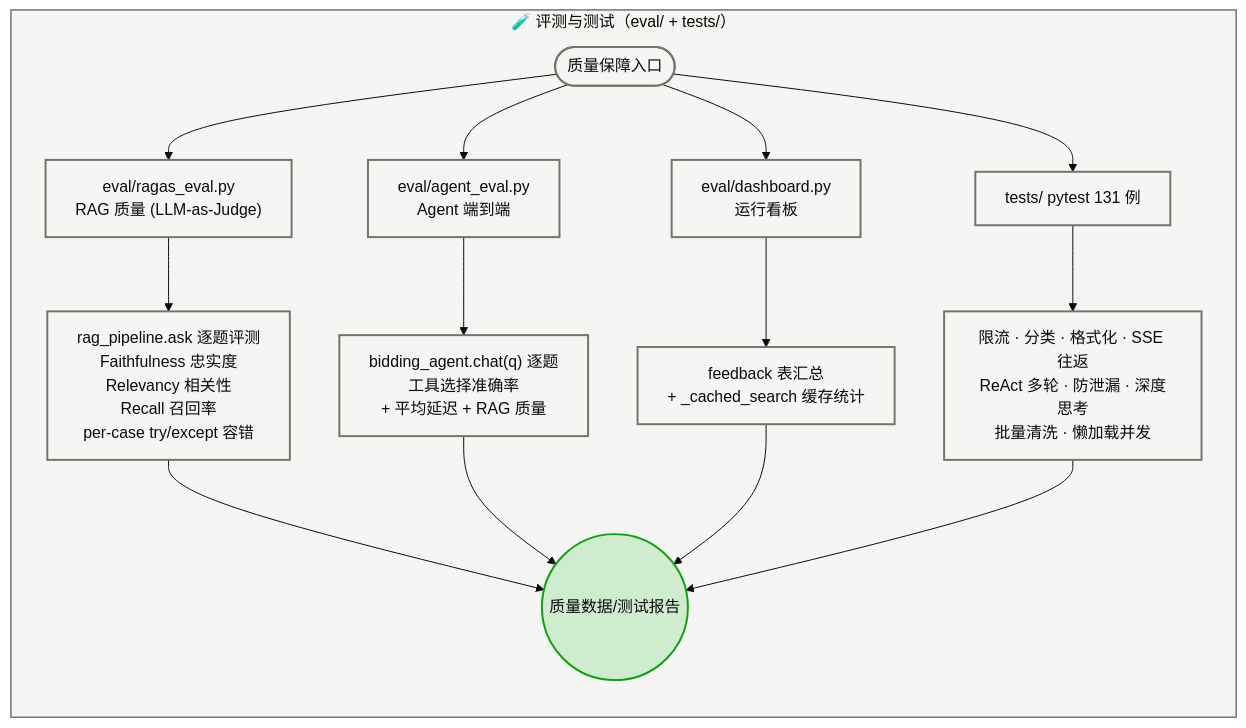
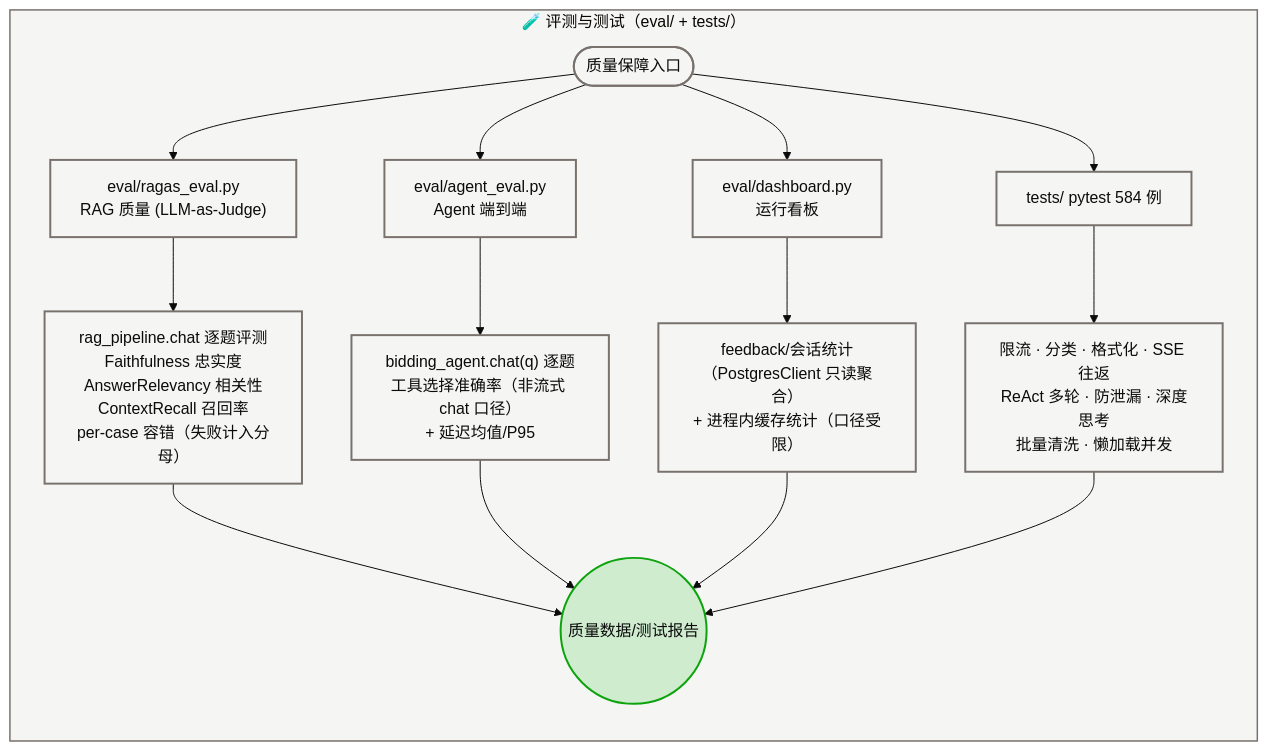
Diagram 20 of 20 in bidding-agent/docs/组件工作机制.md (lj105183000/bidding-agent), drawn with Mermaid (base theme) before and after one commit. The commit also changed other lines of this file and 3 other files, not shown here.

````diff
--- a/bidding-agent/docs/组件工作机制.md
+++ b/bidding-agent/docs/组件工作机制.md
@@ -746,21 +746,21 @@
 ```mermaid
 flowchart TB
   subgraph EVAL["🧪 评测与测试（eval/ + tests/）"]
     direction TB
     V0(["质量保障入口"]) --> V1["eval/ragas_eval.py<br/>RAG 质量 (LLM-as-Judge)"]
-    V1 --> V2["rag_pipeline.ask 逐题评测<br/>Faithfulness 忠实度<br/>Relevancy 相关性<br/>Recall 召回率<br/>per-case try/except 容错"]
+    V1 --> V2["rag_pipeline.chat 逐题评测<br/>Faithfulness 忠实度<br/>AnswerRelevancy 相关性<br/>ContextRecall 召回率<br/>per-case 容错（失败计入分母）"]
     V0 --> V3["eval/agent_eval.py<br/>Agent 端到端"]
-    V3 --> V4["bidding_agent.chat(q) 逐题<br/>工具选择准确率<br/>+ 平均延迟 + RAG 质量"]
+    V3 --> V4["bidding_agent.chat(q) 逐题<br/>工具选择准确率（非流式 chat 口径）<br/>+ 延迟均值/P95"]
     V0 --> V5["eval/dashboard.py<br/>运行看板"]
-    V5 --> V6["feedback 表汇总<br/>+ _cached_search 缓存统计"]
-    V0 --> V7["tests/ pytest 131 例"]
+    V5 --> V6["feedback/会话统计（PostgresClient 只读聚合）<br/>+ 进程内缓存统计（口径受限）"]
+    V0 --> V7["tests/ pytest 584 例"]
     V7 --> V8["限流 · 分类 · 格式化 · SSE 往返<br/>ReAct 多轮 · 防泄漏 · 深度思考<br/>批量清洗 · 懒加载并发"]
     V2 & V4 & V6 & V8 --> V9(("质量数据/测试报告"))
   end
 
   classDef cEV fill:#f5f5f4,stroke:#78716c,stroke-width:2px,color:#0b0b0b;
   classDef cOK fill:#cfeccf,stroke:#0ca30c,stroke-width:2px,color:#0b0b0b;
   class V0,V1,V2,V3,V4,V5,V6,V7,V8 cEV;
   class V9 cOK;
   style EVAL fill:#f5f5f4,stroke:#78716c,stroke-width:1.5px;
 ```
````
